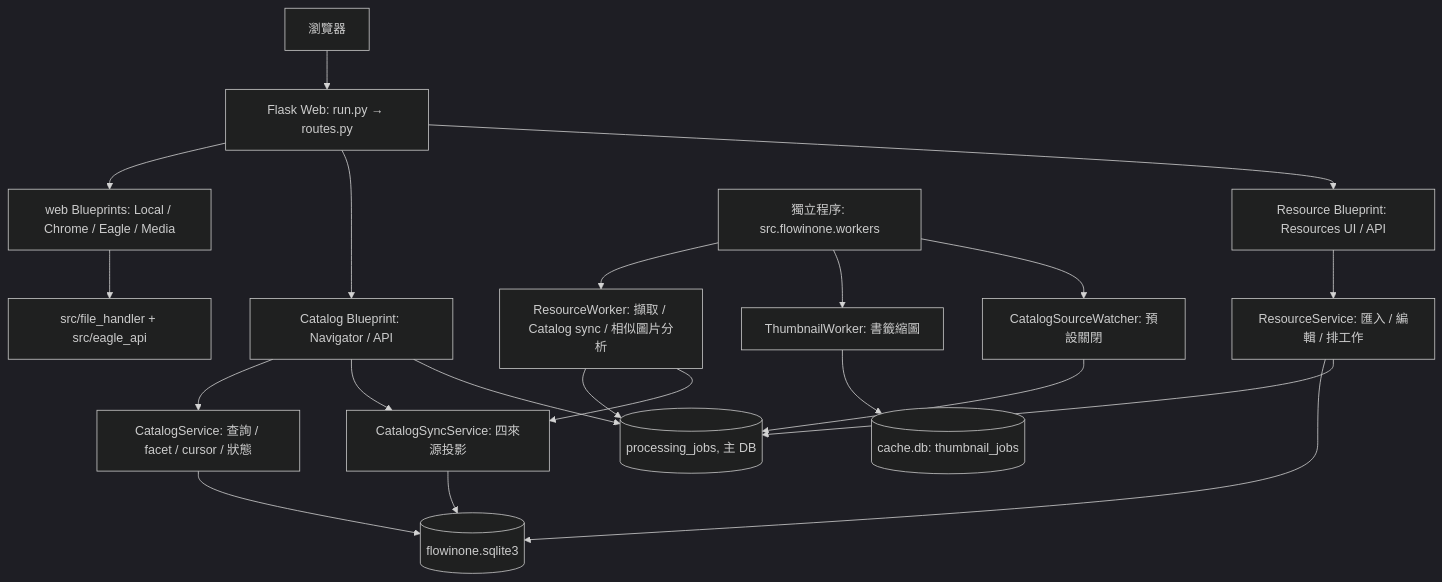
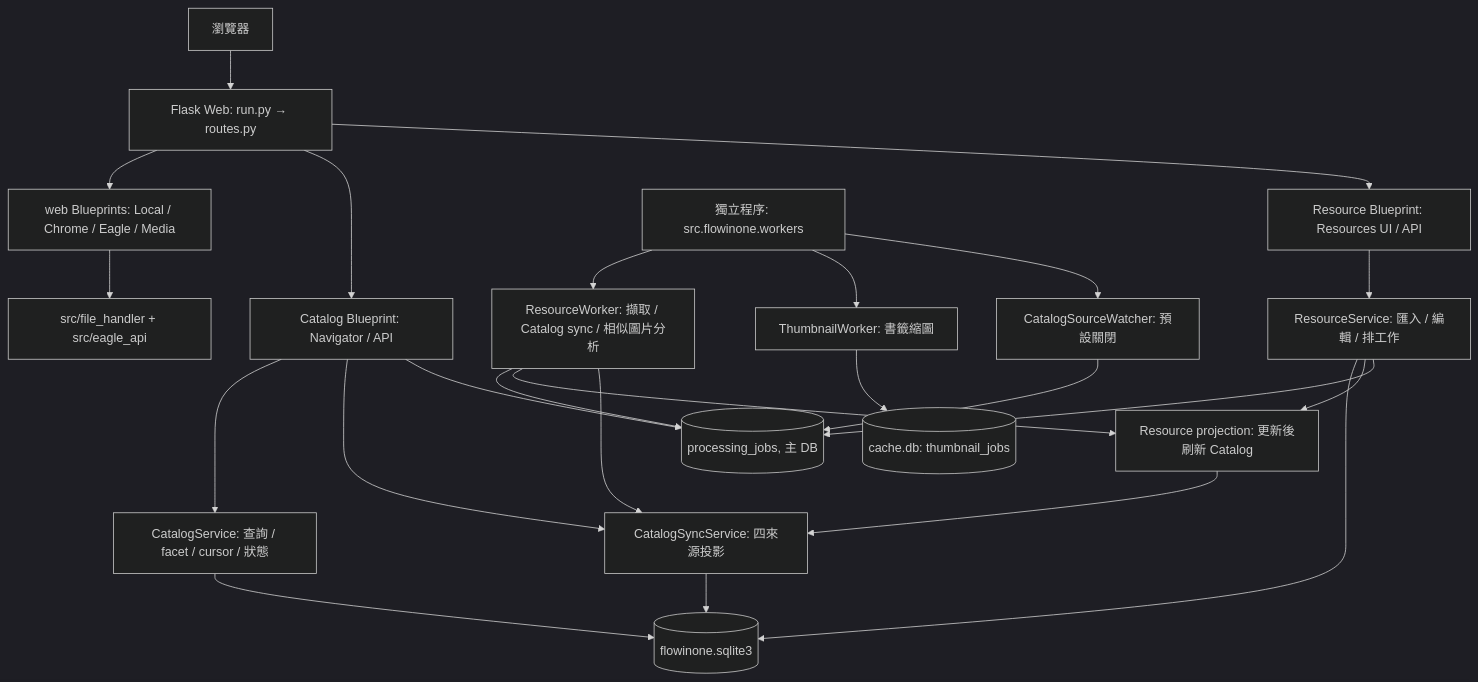
One commit to vecwise/Flowinone changed the second of 3 diagrams in docs/architecture.md. Above: the diagram before and after it, drawn with Mermaid (dark theme). The commit also changed other lines of this file and 6 other files, not shown here.

Commit message:
Centralize Resource to Catalog projection refresh

````diff
--- a/docs/architecture.md
+++ b/docs/architecture.md
@@ -57,25 +57,28 @@
 ```mermaid
 flowchart TB
   Browser["瀏覽器"] --> Flask["Flask Web: run.py → routes.py"]
   Flask --> SourceBP["web Blueprints: Local / Chrome / Eagle / Media"]
   Flask --> CatalogBP["Catalog Blueprint: Navigator / API"]
   Flask --> ResourceBP["Resource Blueprint: Resources UI / API"]
 
   SourceBP --> Adapters["src/file_handler + src/eagle_api"]
   CatalogBP --> CatalogService["CatalogService: 查詢 / facet / cursor / 狀態"]
   CatalogBP --> SyncService["CatalogSyncService: 四來源投影"]
   ResourceBP --> ResourceService["ResourceService: 匯入 / 編輯 / 排工作"]
   CatalogService --> MainDB[("flowinone.sqlite3")]
   SyncService --> MainDB
   ResourceService --> MainDB
+  ResourceService --> Projection["Resource projection: 更新後刷新 Catalog"]
+  Projection --> SyncService
   ResourceService --> JobQueue[("processing_jobs, 主 DB")]
   CatalogBP --> JobQueue
 
   Runtime["獨立程序: src.flowinone.workers"] --> ResourceWorker["ResourceWorker: 擷取 / Catalog sync / 相似圖片分析"]
   Runtime --> ThumbnailWorker["ThumbnailWorker: 書籤縮圖"]
   Runtime --> Watcher["CatalogSourceWatcher: 預設關閉"]
   ResourceWorker --> JobQueue
+  ResourceWorker --> Projection
   ResourceWorker --> SyncService
   ThumbnailWorker --> CacheDB[("cache.db: thumbnail_jobs")]
   Watcher --> JobQueue
 ```
````
